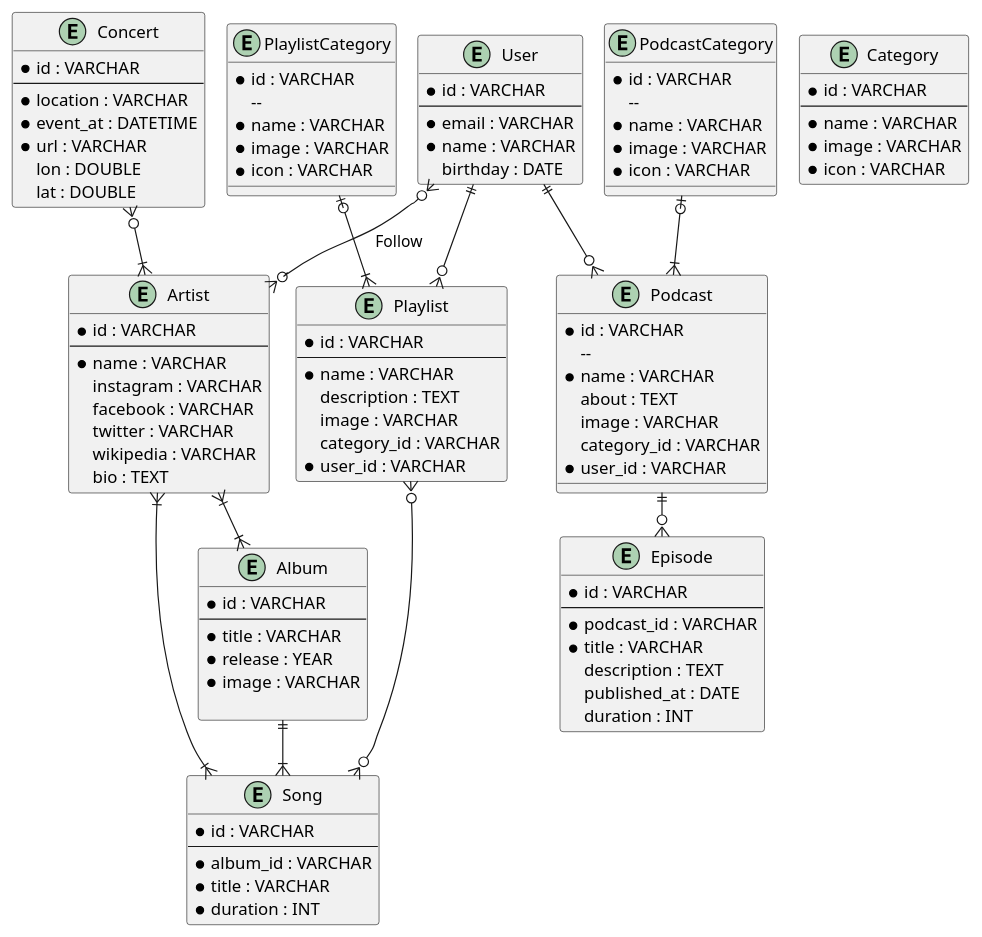
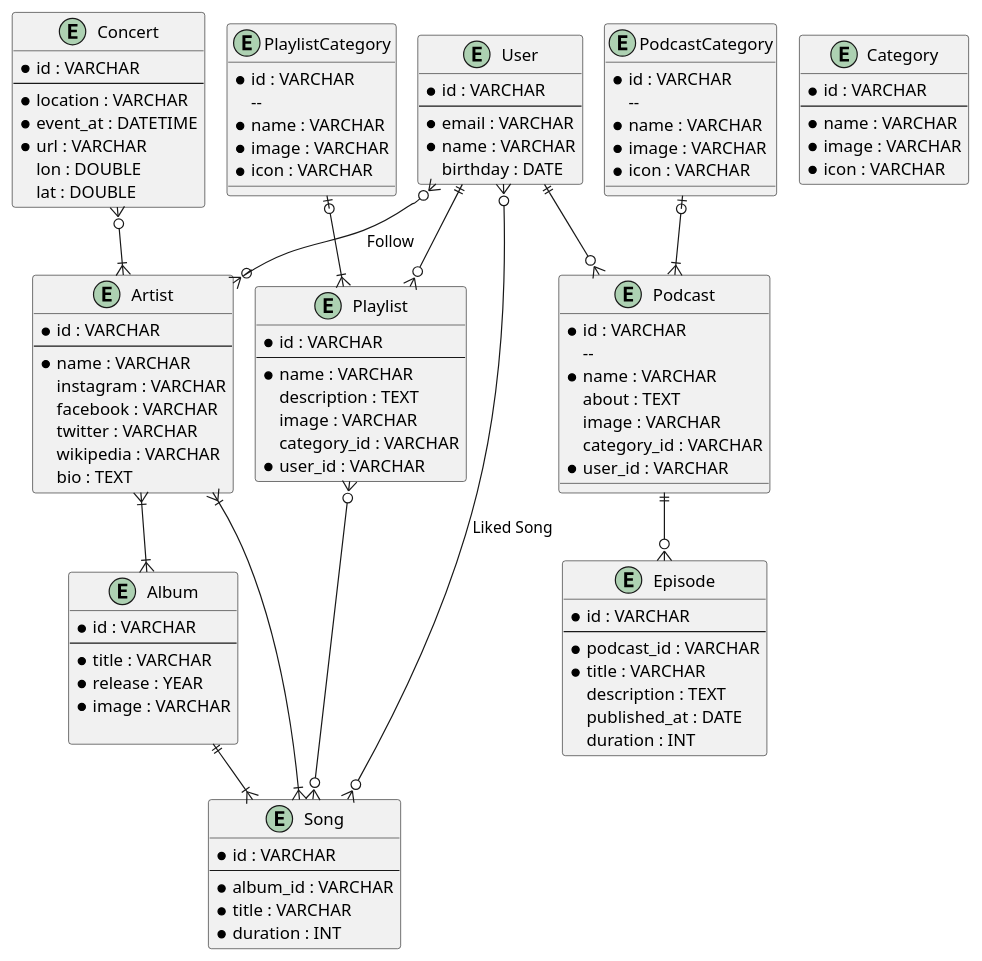
One commit to fkresna23/database-design-spotify changed the diagram in spotify.puml. Above: the diagram before and after it, drawn with PlantUML.

Commit message:
Relasi Entity Liked Song

```diff
--- a/spotify.puml
+++ b/spotify.puml
@@ -1,120 +1,122 @@
 @startuml
 !pragma layout smetana
 entity Artist {
     * id : VARCHAR
     --
     * name : VARCHAR
     instagram : VARCHAR
     facebook : VARCHAR
     twitter : VARCHAR
     wikipedia : VARCHAR
     bio : TEXT
 }
 
 entity Album {
     * id : VARCHAR
     --
     * title : VARCHAR
     * release : YEAR
     * image : VARCHAR
 
 }
 
 entity Song {
     * id : VARCHAR
     --
     * album_id : VARCHAR
     * title : VARCHAR
     * duration : INT
 }
 
 entity Category {
     * id : VARCHAR
     --
     * name : VARCHAR
     * image : VARCHAR
     * icon : VARCHAR
 }
 
 entity Playlist {
     * id : VARCHAR
     --
     * name : VARCHAR
     description : TEXT
     image : VARCHAR
     category_id : VARCHAR
     * user_id : VARCHAR
 }
 
 entity PlaylistCategory {
      * id : VARCHAR
         --
      * name : VARCHAR
      * image : VARCHAR
      * icon : VARCHAR
 }
 
 entity PodcastCategory {
      * id : VARCHAR
         --
      * name : VARCHAR
      * image : VARCHAR
      * icon : VARCHAR
 }
 
 entity Podcast {
     * id : VARCHAR
         --
     * name : VARCHAR
     about : TEXT
     image : VARCHAR
     category_id : VARCHAR
     * user_id : VARCHAR
 }
 
 entity Episode {
     * id : VARCHAR
     --
     * podcast_id : VARCHAR
     * title : VARCHAR
     description : TEXT
     published_at : DATE
     duration : INT
 }
 
 entity User {
     * id : VARCHAR
     --
     * email : VARCHAR
     * name : VARCHAR
     birthday : DATE
 }
 
 entity Concert {
     * id : VARCHAR
     --
     * location : VARCHAR
     * event_at : DATETIME
     * url : VARCHAR
     lon : DOUBLE
     lat : DOUBLE
 }
 
 Artist }|--|{ Album
 
 Album ||--|{ Song
 Artist }|--|{ Song
 
 PlaylistCategory |o--|{ Playlist
 User ||--o{ Playlist
 Playlist }o--o{ Song
 
 PodcastCategory |o--|{ Podcast
 User ||--o{ Podcast
 
 Podcast ||--o{ Episode
 
 Concert }o--|{ Artist
 
 User }o--o{ Artist : Follow
+
+User }o--o{Song : Liked Song
 @enduml
```
